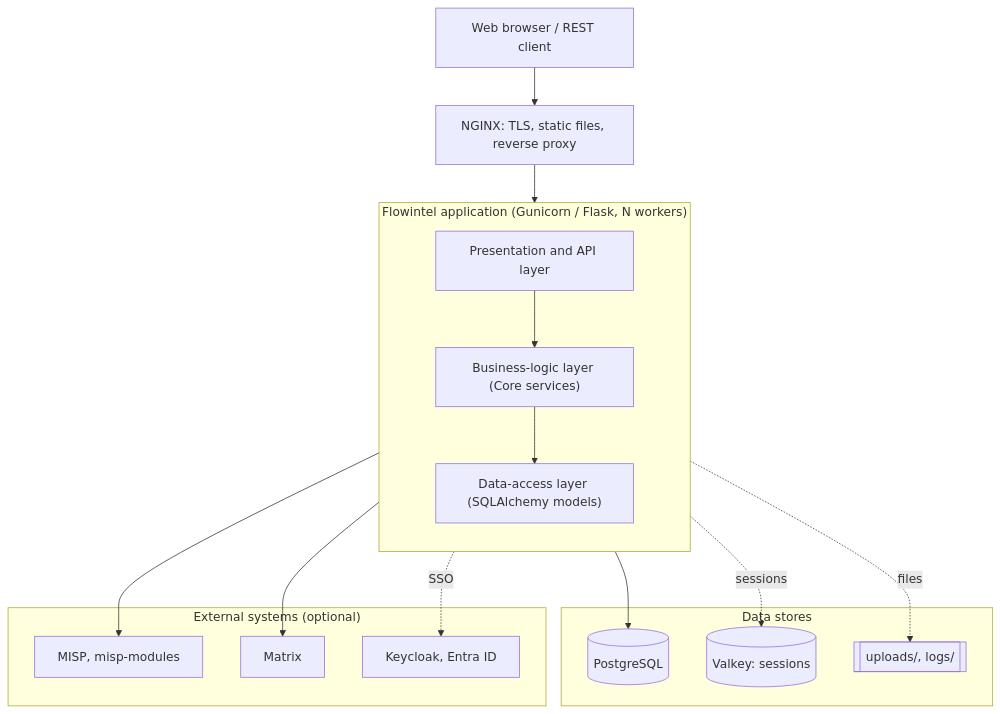
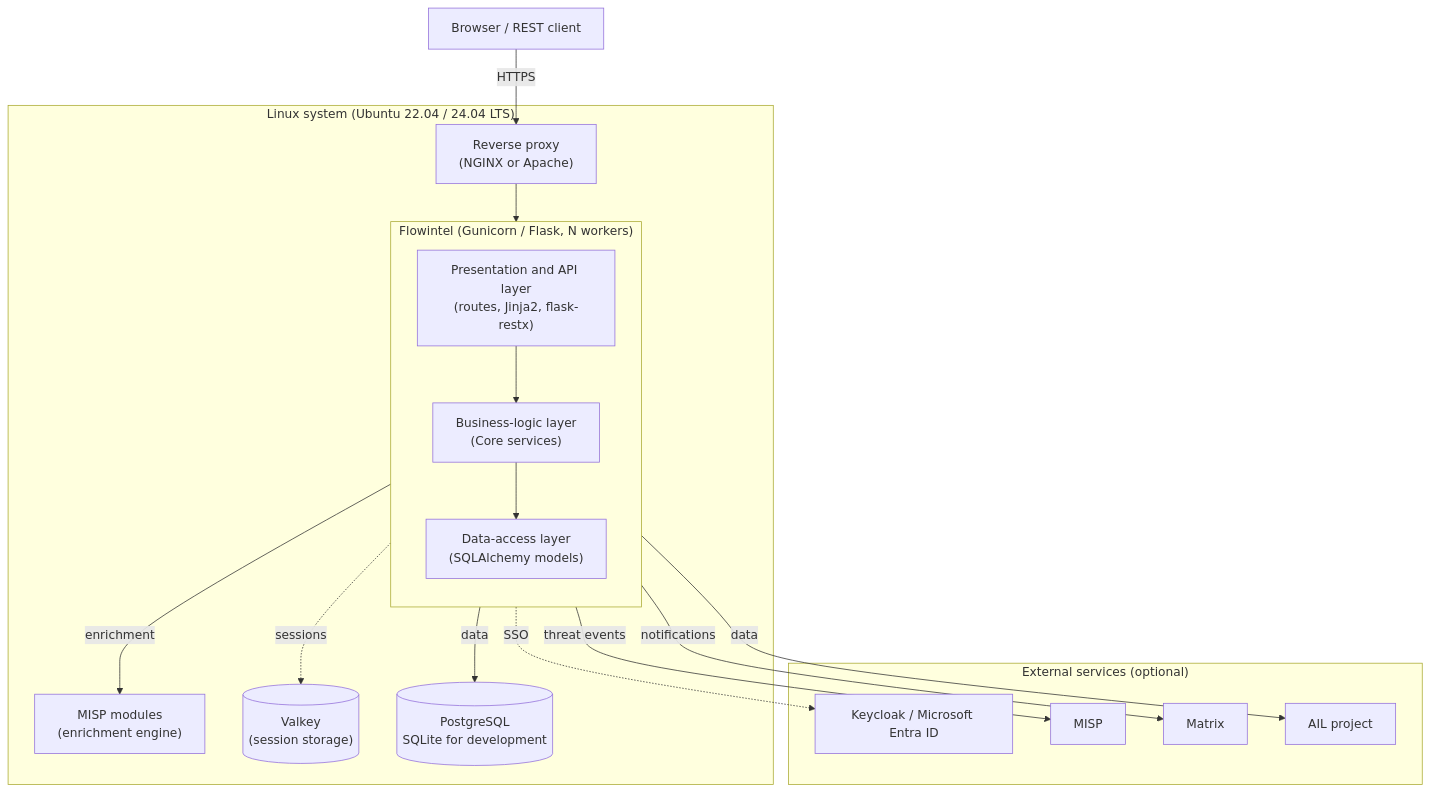
One commit to flowintel/flowintel changed the first of 34 diagrams in doc/technical-specifications.md. Above: the diagram before and after it, drawn with Mermaid. The commit also changed other lines of this file and 19 other files, not shown here.

````diff
--- a/doc/technical-specifications.md
+++ b/doc/technical-specifications.md
@@ -68,35 +65,36 @@
 ```mermaid
 flowchart TB
-    browser["Web browser / REST client"]
-    nginx["NGINX: TLS, static files, reverse proxy"]
+    browser["Browser / REST client"]
 
-    subgraph app["Flowintel application (Gunicorn / Flask, N workers)"]
-        direction TB
-        pres["Presentation and API layer"]
-        core["Business-logic layer (Core services)"]
-        data["Data-access layer (SQLAlchemy models)"]
-        pres --> core
-        core --> data
+    subgraph linux["Linux system (Ubuntu 22.04 / 24.04 LTS)"]
+        proxy["Reverse proxy<br/>(NGINX or Apache)"]
+        subgraph app["Flowintel (Gunicorn / Flask, N workers)"]
+            direction TB
+            pres["Presentation and API layer<br/>(routes, Jinja2, flask-restx)"]
+            core["Business-logic layer<br/>(Core services)"]
+            data["Data-access layer<br/>(SQLAlchemy models)"]
+            pres --> core
+            core --> data
+        end
+        mispmod["MISP modules<br/>(enrichment engine)"]
+        valkey[("Valkey<br/>(session storage)")]
+        postgres[("PostgreSQL<br/>SQLite for development")]
     end
 
-    subgraph stores["Data stores"]
-        postgres[("PostgreSQL")]
-        valkey[("Valkey: sessions")]
-        files[["uploads/, logs/"]]
+    subgraph external["External services (optional)"]
+        idp["Keycloak / Microsoft Entra ID"]
+        misp["MISP"]
+        matrix["Matrix"]
+        ail["AIL project"]
     end
 
-    subgraph external["External systems (optional)"]
-        misp["MISP, misp-modules"]
-        matrix["Matrix"]
-        idp["Keycloak, Entra ID"]
-    end
-
-    browser --> nginx
-    nginx --> pres
-    data --> postgres
+    browser -->|HTTPS| proxy
+    proxy --> pres
+    data -->|data| postgres
+    core -->|enrichment| mispmod
     pres -. sessions .-> valkey
-    core -. files .-> files
-    core --> misp
-    core --> matrix
     pres -. SSO .-> idp
+    core -->|threat events| misp
+    core -->|notifications| matrix
+    core -->|data| ail
 ```
````
